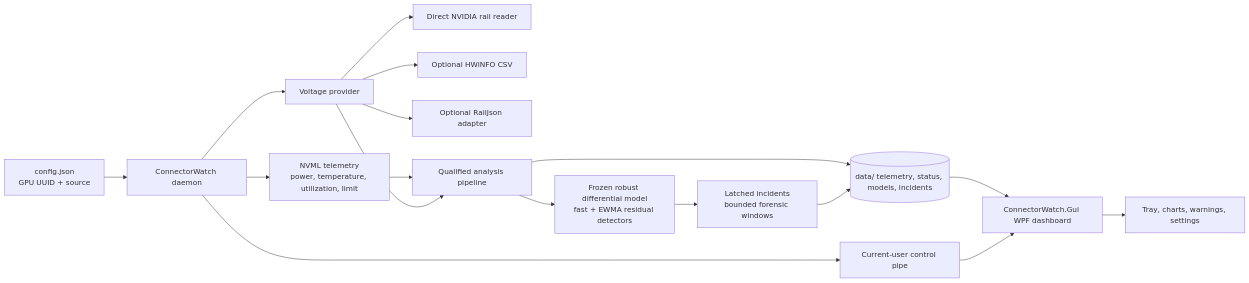
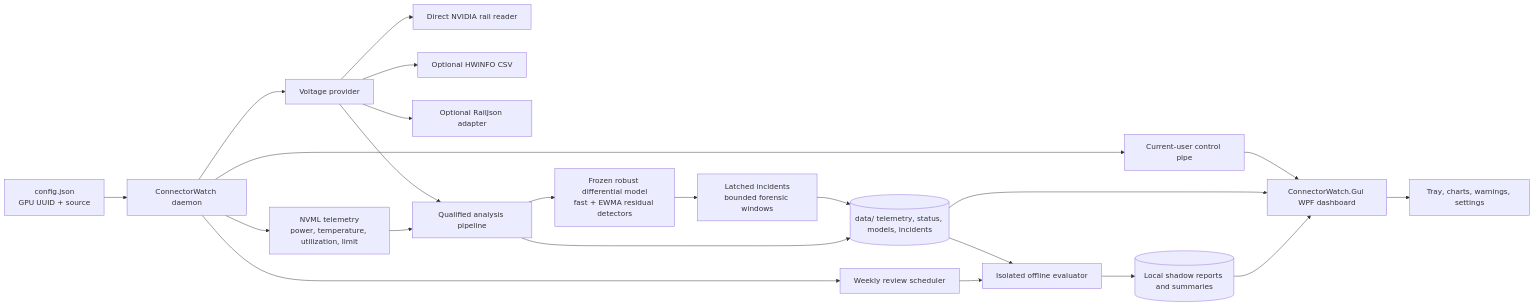
Before and after one commit to Shaderx/ConnectorWatch: the diagram in docs/ARCHITECTURE.md, drawn with Mermaid. The commit also changed other lines of this file and 18 other files, not shown here.

Commit message:
Add automatic weekly shadow prediction reviews and dashboard history

````diff
--- a/docs/ARCHITECTURE.md
+++ b/docs/ARCHITECTURE.md
@@ -5,19 +5,24 @@
 ```mermaid
 flowchart LR
     C[config.json<br/>GPU UUID + source] --> D[ConnectorWatch daemon]
     D --> N[NVML telemetry<br/>power, temperature, utilization, limit]
     D --> V[Voltage provider]
     V --> R[Direct NVIDIA rail reader]
     V --> H[Optional HWiNFO CSV]
     V --> J[Optional RailJson adapter]
     N --> A[Qualified analysis pipeline]
     V --> A
     A --> M[Frozen robust differential model<br/>fast + EWMA residual detectors]
     M --> I[Latched incidents<br/>bounded forensic windows]
     A --> P[(data/ telemetry, status, models, incidents)]
     I --> P
     D --> Q[Current-user control pipe]
+    D --> S[Weekly review scheduler]
+    S --> E[Isolated offline evaluator]
+    P --> E
+    E --> U[(Local shadow reports and summaries)]
+    U --> G
     P --> G[ConnectorWatch.Gui WPF dashboard]
     Q --> G
     G --> T[Tray, charts, warnings, settings]
 ```
````
